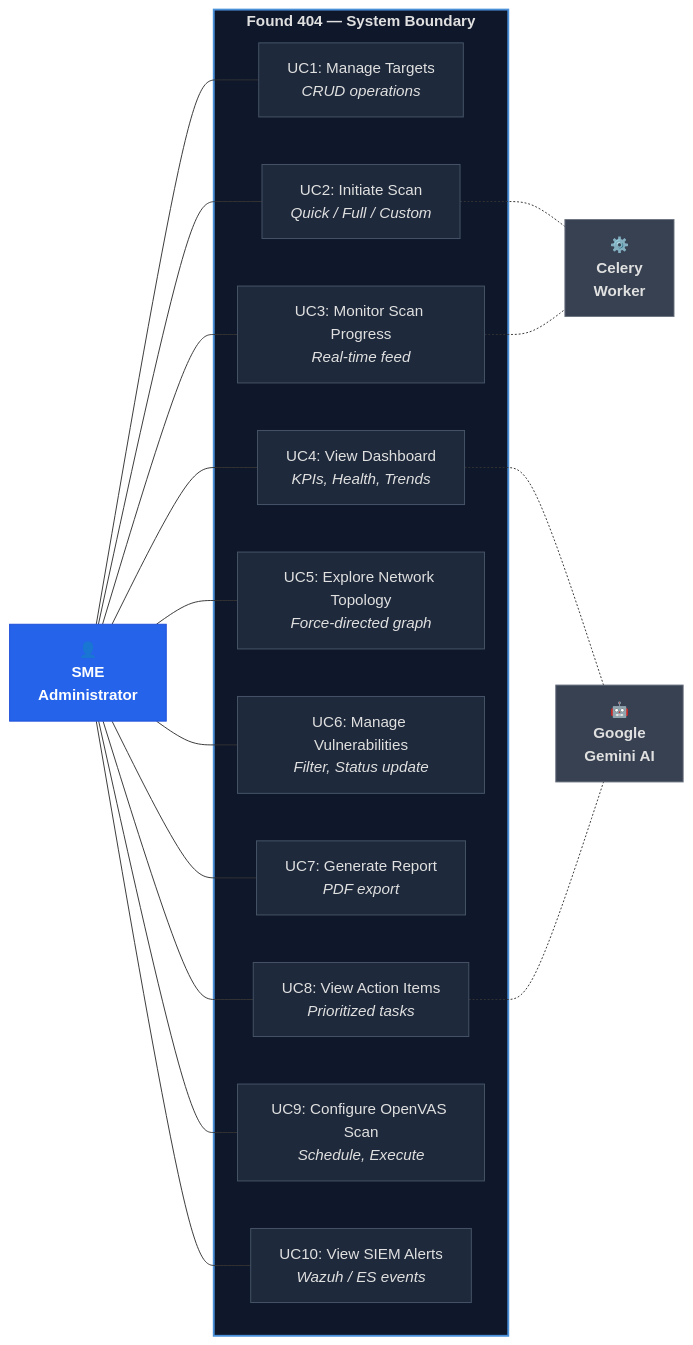
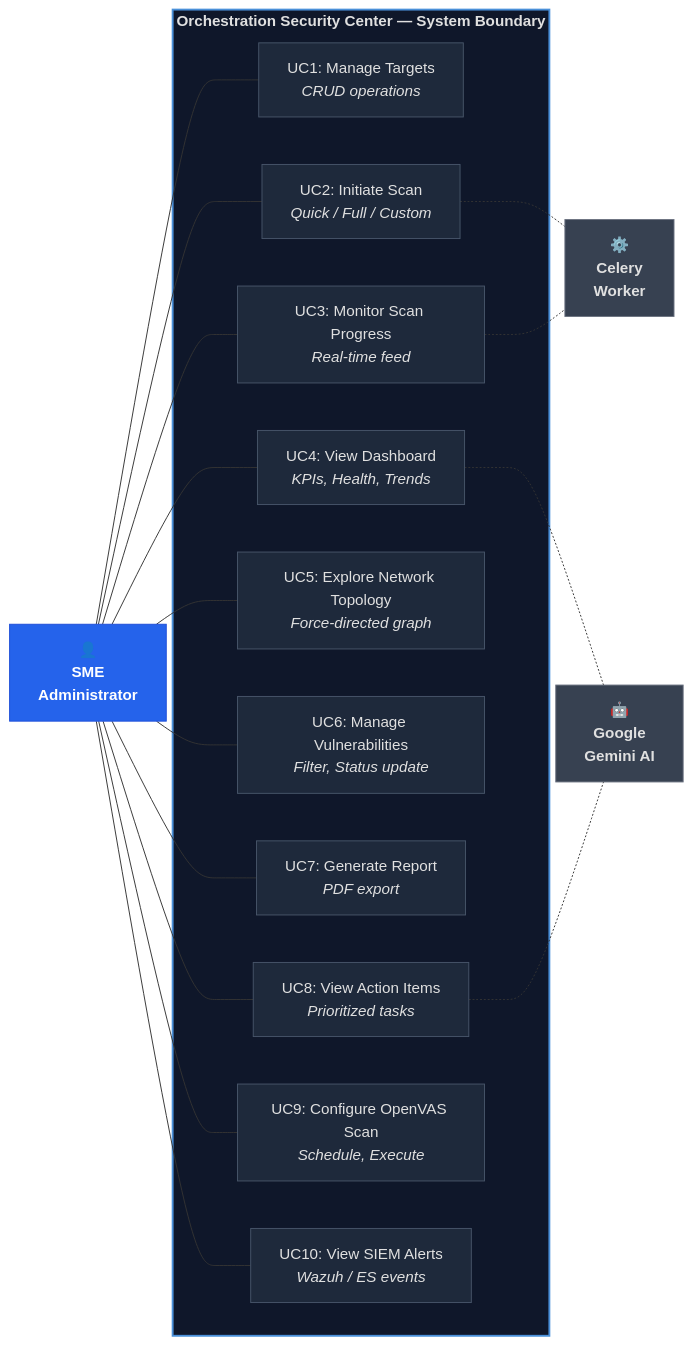
Before and after one commit to MazenAlaa305/ORCHESTRATION-SECURITY-CENTER: the seventh of 17 diagrams in FYP_Figures.md, drawn with Mermaid. The commit also changed other lines of this file and 54 other files, not shown here.

Commit message:
feat: implement backend service architecture and project documentation mirror

````diff
--- a/FYP_Figures.md
+++ b/FYP_Figures.md
@@ -438,51 +438,51 @@
 ```mermaid
 flowchart LR
     ACTOR["👤<br/><b>SME<br/>Administrator</b>"]
 
-    subgraph UseCases["<b>Found 404 — System Boundary</b>"]
+    subgraph UseCases["<b>Orchestration Security Center — System Boundary</b>"]
         UC1["UC1: Manage Targets<br/><i>CRUD operations</i>"]
         UC2["UC2: Initiate Scan<br/><i>Quick / Full / Custom</i>"]
         UC3["UC3: Monitor Scan Progress<br/><i>Real-time feed</i>"]
         UC4["UC4: View Dashboard<br/><i>KPIs, Health, Trends</i>"]
         UC5["UC5: Explore Network Topology<br/><i>Force-directed graph</i>"]
         UC6["UC6: Manage Vulnerabilities<br/><i>Filter, Status update</i>"]
         UC7["UC7: Generate Report<br/><i>PDF export</i>"]
         UC8["UC8: View Action Items<br/><i>Prioritized tasks</i>"]
         UC9["UC9: Configure OpenVAS Scan<br/><i>Schedule, Execute</i>"]
         UC10["UC10: View SIEM Alerts<br/><i>Wazuh / ES events</i>"]
     end
 
     CELERY["⚙️<br/><b>Celery<br/>Worker</b>"]
     GEMINI["🤖<br/><b>Google<br/>Gemini AI</b>"]
 
     ACTOR --- UC1
     ACTOR --- UC2
     ACTOR --- UC3
     ACTOR --- UC4
     ACTOR --- UC5
     ACTOR --- UC6
     ACTOR --- UC7
     ACTOR --- UC8
     ACTOR --- UC9
     ACTOR --- UC10
 
     UC2 -.- CELERY
     UC3 -.- CELERY
     UC4 -.- GEMINI
     UC8 -.- GEMINI
 
     style ACTOR fill:#2563eb,stroke:#1d4ed8,color:#fff
     style CELERY fill:#374151,stroke:#6b7280,color:#e0e0e0
     style GEMINI fill:#374151,stroke:#6b7280,color:#e0e0e0
     style UseCases fill:#0f172a,stroke:#4a90d9,stroke-width:2px,color:#e0e0e0
     style UC1 fill:#1e293b,stroke:#475569,color:#e0e0e0
     style UC2 fill:#1e293b,stroke:#475569,color:#e0e0e0
     style UC3 fill:#1e293b,stroke:#475569,color:#e0e0e0
     style UC4 fill:#1e293b,stroke:#475569,color:#e0e0e0
     style UC5 fill:#1e293b,stroke:#475569,color:#e0e0e0
     style UC6 fill:#1e293b,stroke:#475569,color:#e0e0e0
     style UC7 fill:#1e293b,stroke:#475569,color:#e0e0e0
     style UC8 fill:#1e293b,stroke:#475569,color:#e0e0e0
     style UC9 fill:#1e293b,stroke:#475569,color:#e0e0e0
     style UC10 fill:#1e293b,stroke:#475569,color:#e0e0e0
 ```
````
